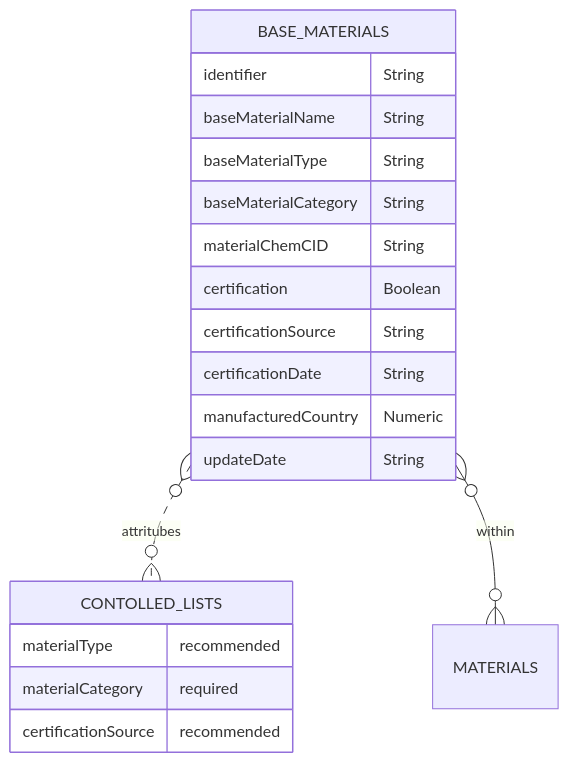
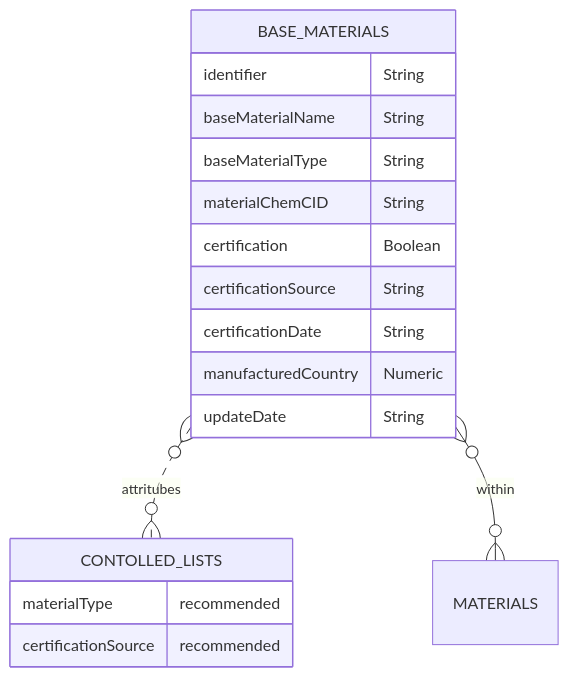
One commit to OpenDataManchester/Open3P changed the diagram in docs/3_Data_Specification/3_1_Base_Materials.md. Above: the diagram before and after it, drawn with Mermaid. The commit also changed other lines of this file and 2 other files, not shown here.

````diff
--- a/docs/3_Data_Specification/3_1_Base_Materials.md
+++ b/docs/3_Data_Specification/3_1_Base_Materials.md
@@ -25,22 +24,20 @@
 ``` mermaid
 erDiagram
   BASE_MATERIALS {
     identifier String
     baseMaterialName String
     baseMaterialType String
-    baseMaterialCategory String
     materialChemCID String
     certification Boolean
     certificationSource String
     certificationDate String
     manufacturedCountry Numeric
     updateDate String
   }
   BASE_MATERIALS }o..o{ CONTOLLED_LISTS : attritubes
   BASE_MATERIALS }o--o{ MATERIALS : within
       CONTOLLED_LISTS {
     materialType recommended
-    materialCategory required
     certificationSource recommended
   }
 ```
````
